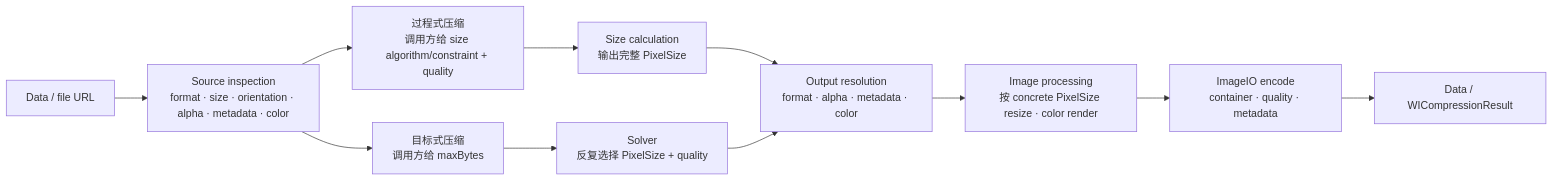
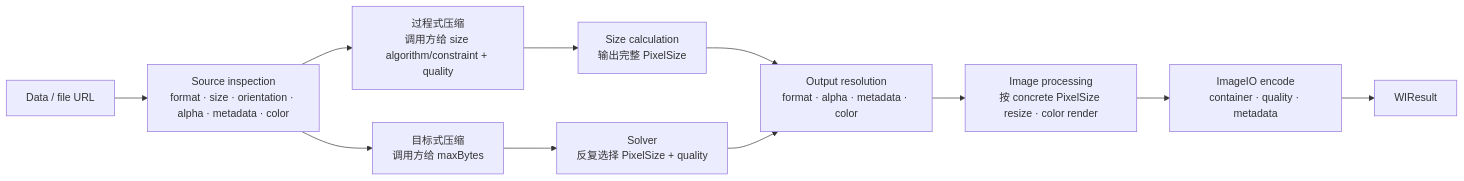
Before and after one commit to Weixi779/WICompress: the diagram in docs/V2_CAPABILITY_MAP_CN.md, drawn with Mermaid. The commit also changed other lines of this file and 104 other files, not shown here.

First line of the commit message:
refactor(architecture)!: modularize the v2 image pipeline

````diff
--- a/docs/V2_CAPABILITY_MAP_CN.md
+++ b/docs/V2_CAPABILITY_MAP_CN.md
@@ -360,16 +360,16 @@
 ```mermaid
 flowchart LR
     Input["Data / file URL"] --> Inspect["Source inspection<br/>format · size · orientation · alpha · metadata · color"]
 
     Inspect --> Direct["过程式压缩<br/>调用方给 size algorithm/constraint + quality"]
     Inspect --> Target["目标式压缩<br/>调用方给 maxBytes"]
 
     Direct --> Size["Size calculation<br/>输出完整 PixelSize"]
     Target --> Solver["Solver<br/>反复选择 PixelSize + quality"]
     Size --> Resolve["Output resolution<br/>format · alpha · metadata · color"]
     Solver --> Resolve
 
     Resolve --> Transform["Image processing<br/>按 concrete PixelSize resize · color render"]
     Transform --> Encode["ImageIO encode<br/>container · quality · metadata"]
-    Encode --> Result["Data / WICompressionResult"]
+    Encode --> Result["WIResult"]
 ```
````
